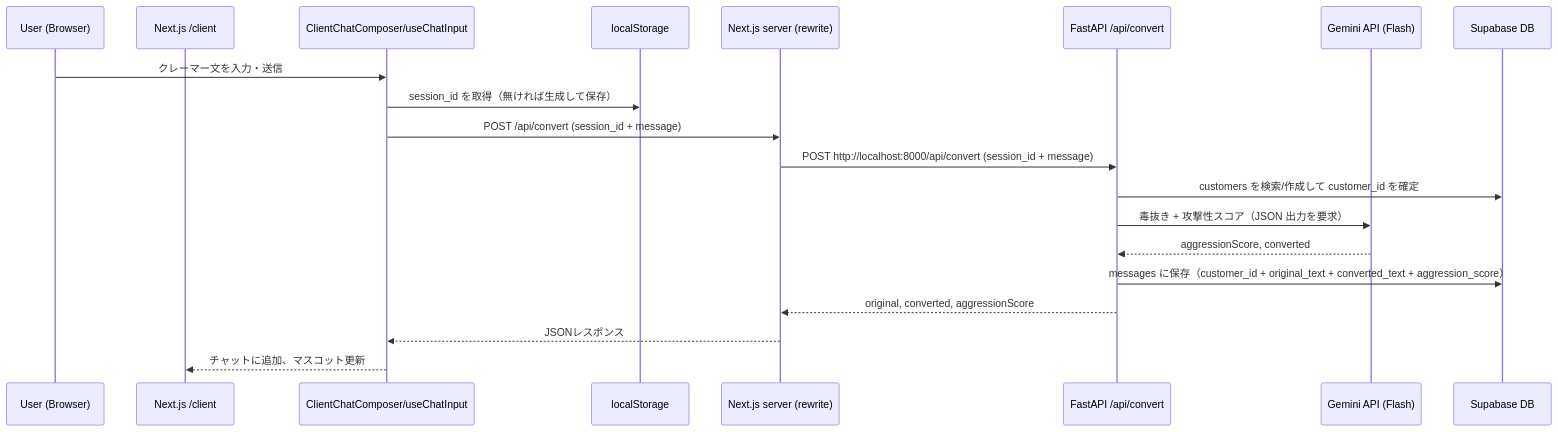
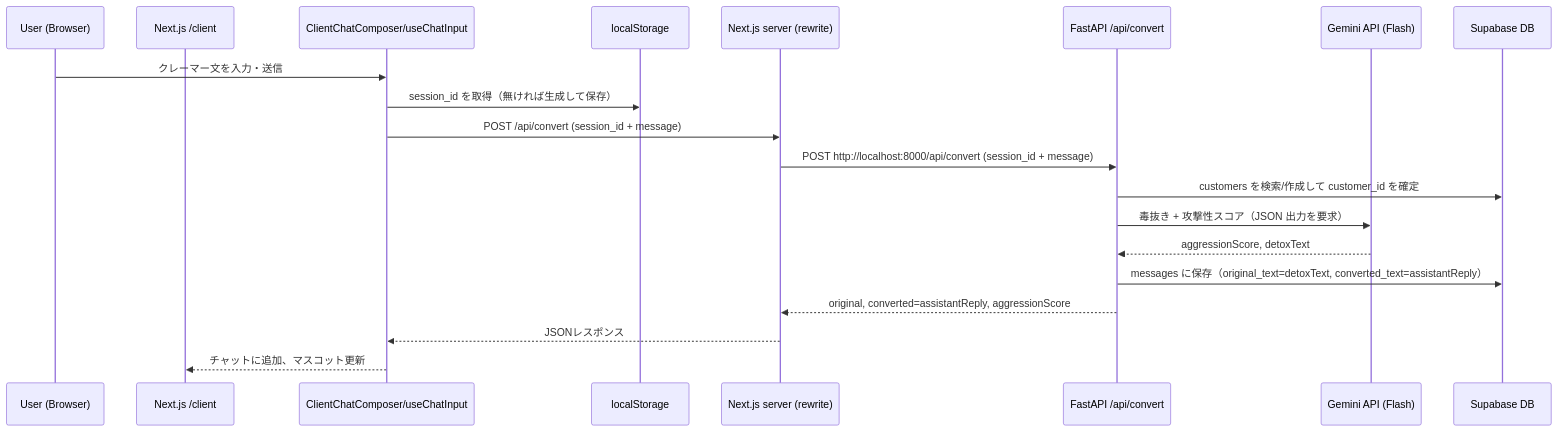
Before and after one commit to Uzy03/Hackathon_2026-3-7: the second of 5 diagrams in _docs/実装状況.md, drawn with Mermaid. The commit also changed other lines of this file and 4 other files, not shown here.

````diff
--- a/_docs/実装状況.md
+++ b/_docs/実装状況.md
@@ -25,23 +25,23 @@
 ```mermaid
 sequenceDiagram
   participant User as User (Browser)
   participant Page as Next.js /client
   participant Chat as ClientChatComposer/useChatInput
   participant Storage as localStorage
   participant Next as Next.js server (rewrite)
   participant API as FastAPI /api/convert
   participant Gemini as Gemini API (Flash)
   participant DB as Supabase DB
 
   User->>Chat: クレーマー文を入力・送信
   Chat->>Storage: session_id を取得（無ければ生成して保存）
   Chat->>Next: POST /api/convert (session_id + message)
   Next->>API: POST http://localhost:8000/api/convert (session_id + message)
   API->>DB: customers を検索/作成して customer_id を確定
   API->>Gemini: 毒抜き + 攻撃性スコア（JSON 出力を要求）
-  Gemini-->>API: aggressionScore, converted
-  API->>DB: messages に保存（customer_id + original_text + converted_text + aggression_score）
-  API-->>Next: original, converted, aggressionScore
+  Gemini-->>API: aggressionScore, detoxText
+  API->>DB: messages に保存（original_text=detoxText, converted_text=assistantReply）
+  API-->>Next: original, converted=assistantReply, aggressionScore
   Next-->>Chat: JSONレスポンス
   Chat-->>Page: チャットに追加、マスコット更新
 ```
````
